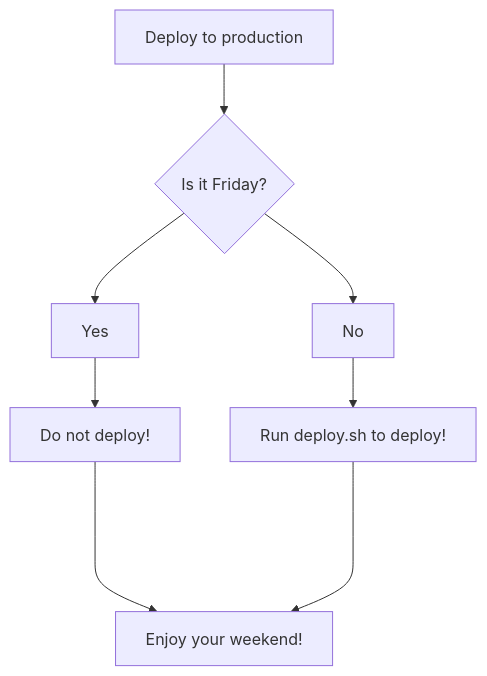
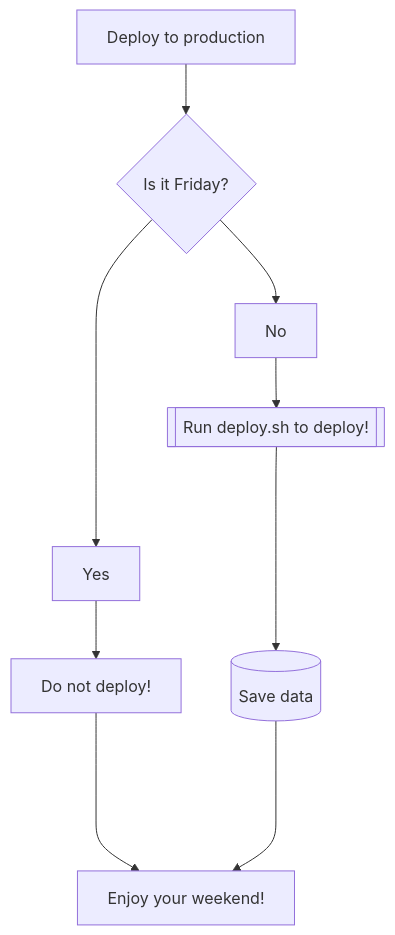
Before and after one commit to flygarej/pilsner-excelconverter: the second of 3 diagrams in src/main/markdown/mermaid.md, drawn with Mermaid. The commit also changed other lines of this file, not shown here.

First line of the commit message:
Update mermaid.md

````diff
--- a/src/main/markdown/mermaid.md
+++ b/src/main/markdown/mermaid.md
@@ -17,8 +17,9 @@
 ```mermaid
   flowchart TD;
     A[Deploy to production]-->B{Is it Friday?};
     B-->Yes--> C[Do not deploy!];
-    B-->No-->D[Run deploy.sh to deploy!];
+    B-->No-->D[[Run deploy.sh to deploy!]];
     C---->E[Enjoy your weekend!];
-    D---->E[Enjoy your weekend!];
+    D---->DB[(Save data)];
+    DB---->E[Enjoy your weekend!];
 ```
````
